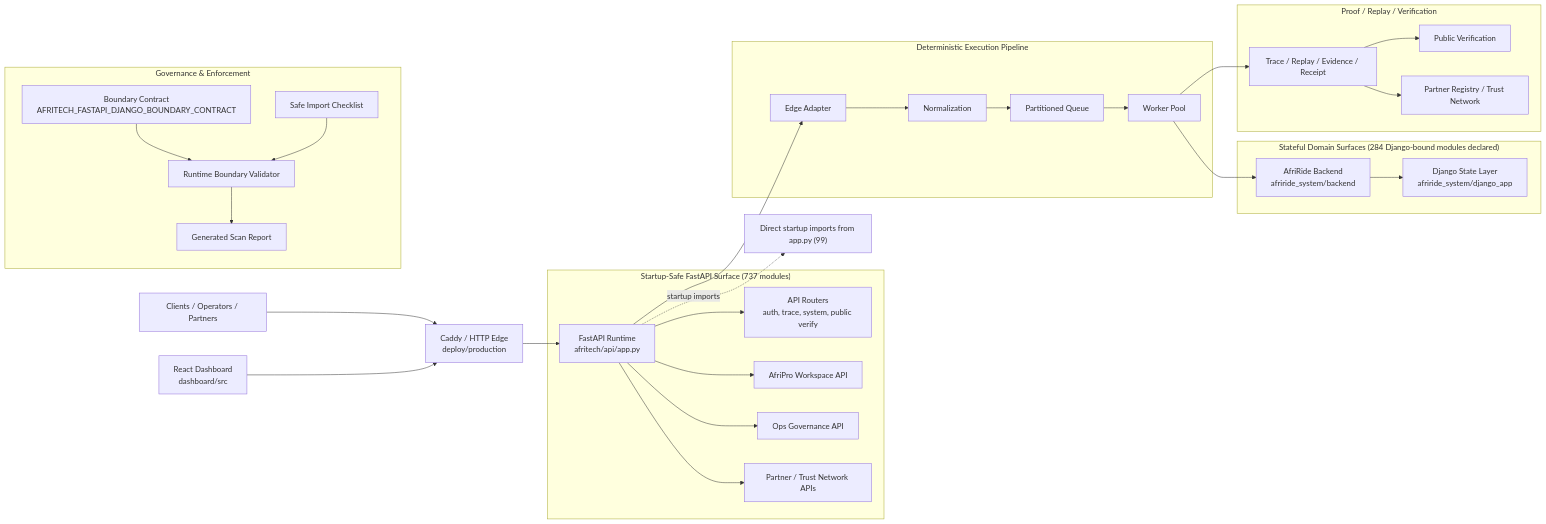
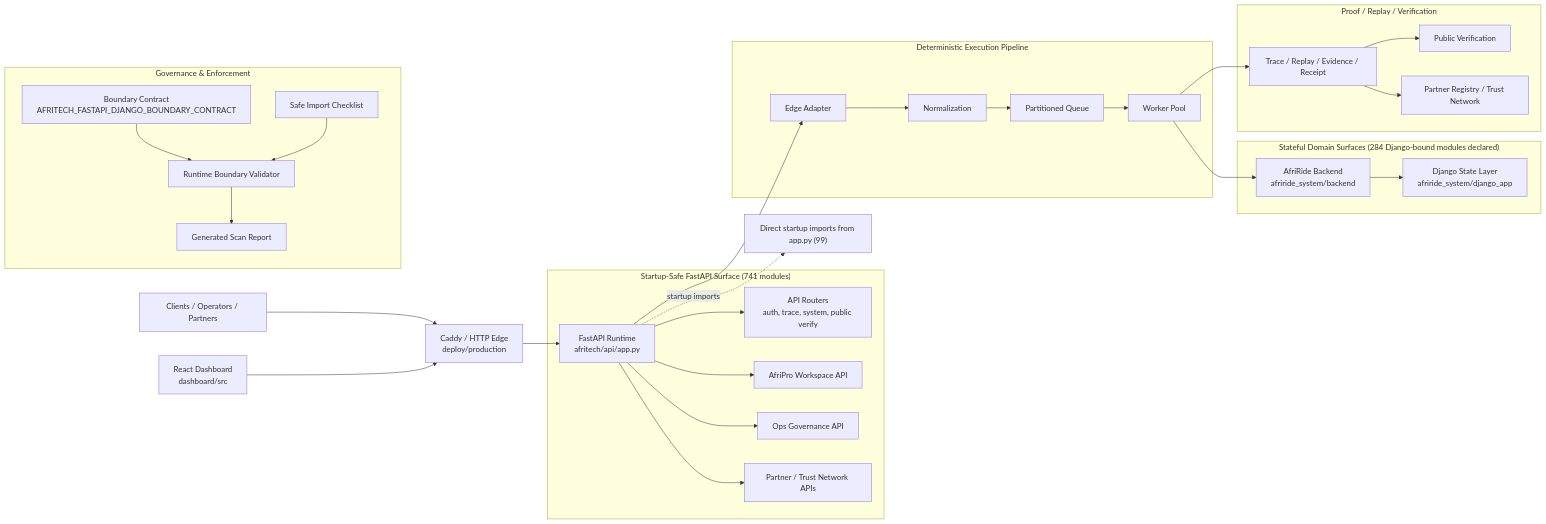
The first of 2 diagrams in docs/architecture/AFRITECH_FULL_ARCHITECTURE_GRAPH.md (Strelly2023/afritelematics), drawn with Mermaid before and after one commit. The commit also changed other lines of this file and 27 other files, not shown here.

````diff
--- a/docs/architecture/AFRITECH_FULL_ARCHITECTURE_GRAPH.md
+++ b/docs/architecture/AFRITECH_FULL_ARCHITECTURE_GRAPH.md
@@ -22,39 +22,39 @@
 ```mermaid
 flowchart LR
     Client["Clients / Operators / Partners"] --> Edge["Caddy / HTTP Edge\ndeploy/production"]
     Dashboard["React Dashboard\ndashboard/src"] --> Edge
     Edge --> App["FastAPI Runtime\nafritech/api/app.py"]
 
-    subgraph FastAPI["Startup-Safe FastAPI Surface (737 modules)"]
+    subgraph FastAPI["Startup-Safe FastAPI Surface (741 modules)"]
         App --> Api["API Routers\nauth, trace, system, public verify"]
         App --> Workspace["AfriPro Workspace API"]
         App --> Governance["Ops Governance API"]
         App --> Trust["Partner / Trust Network APIs"]
     end
 
     subgraph Pipeline["Deterministic Execution Pipeline"]
         App --> Adapt["Edge Adapter"]
         Adapt --> Normalize["Normalization"]
         Normalize --> Queue["Partitioned Queue"]
         Queue --> Worker["Worker Pool"]
     end
 
     subgraph State["Stateful Domain Surfaces (284 Django-bound modules declared)"]
         Worker --> Domain["AfriRide Backend\nafriride_system/backend"]
         Domain --> Django["Django State Layer\nafriride_system/django_app"]
     end
 
     subgraph Proof["Proof / Replay / Verification"]
         Worker --> Trace["Trace / Replay / Evidence / Receipt"]
         Trace --> Public["Public Verification"]
         Trace --> Registry["Partner Registry / Trust Network"]
     end
 
     subgraph GovernancePlane["Governance & Enforcement"]
         Contract["Boundary Contract\nAFRITECH_FASTAPI_DJANGO_BOUNDARY_CONTRACT"] --> Validator["Runtime Boundary Validator"]
         Checklist["Safe Import Checklist"] --> Validator
         Validator --> Review["Generated Scan Report"]
     end
 
     App -. startup imports .-> Imports["Direct startup imports from app.py (99)"]
 ```
````
